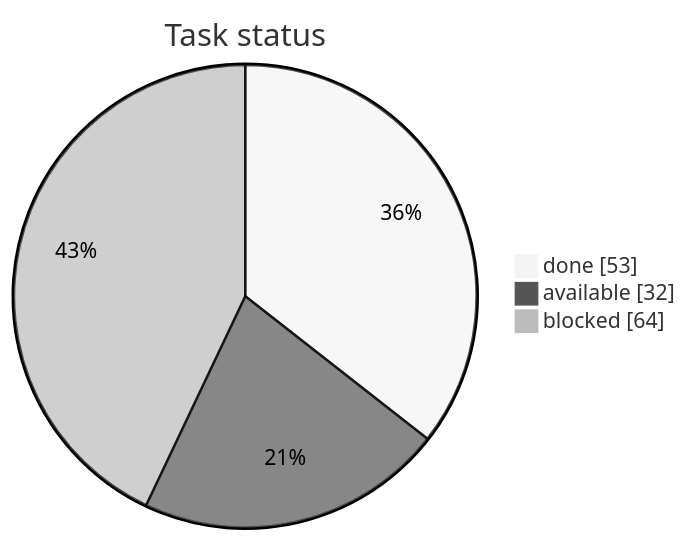
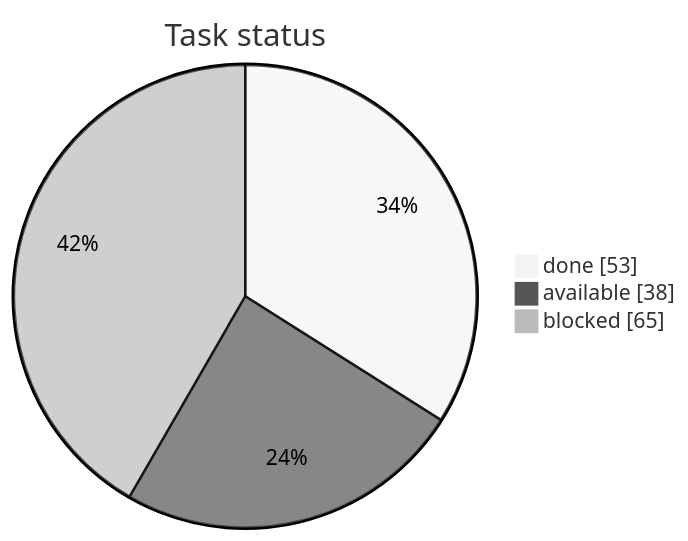
Before and after one commit to artemiiShabanov/RallyRivals: the first of 3 diagrams in STATUS.md, drawn with Mermaid (neutral theme). The commit also changed other lines of this file and 1 other file, not shown here.

````diff
--- a/STATUS.md
+++ b/STATUS.md
@@ -7,7 +7,7 @@
 ```mermaid
 pie showData
     title Task status
     "done" : 53
-    "available" : 32
-    "blocked" : 64
+    "available" : 38
+    "blocked" : 65
 ```
````
